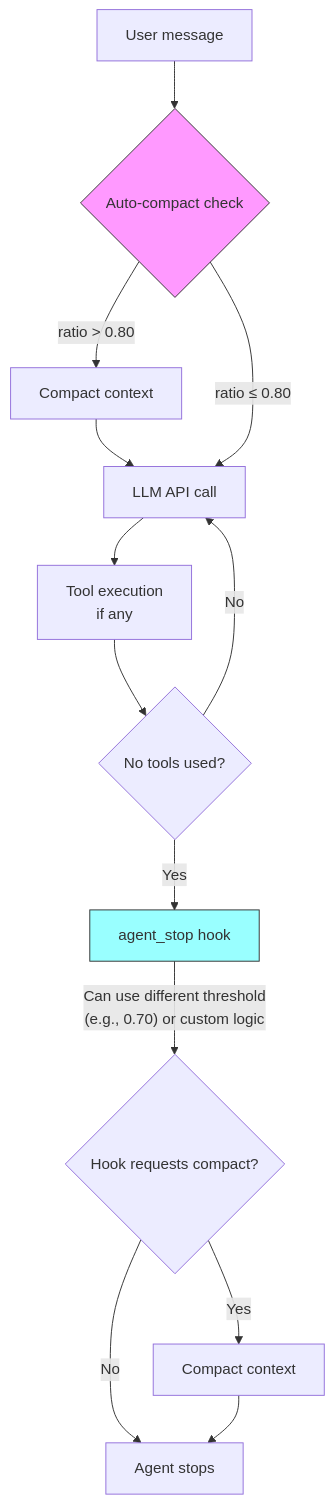
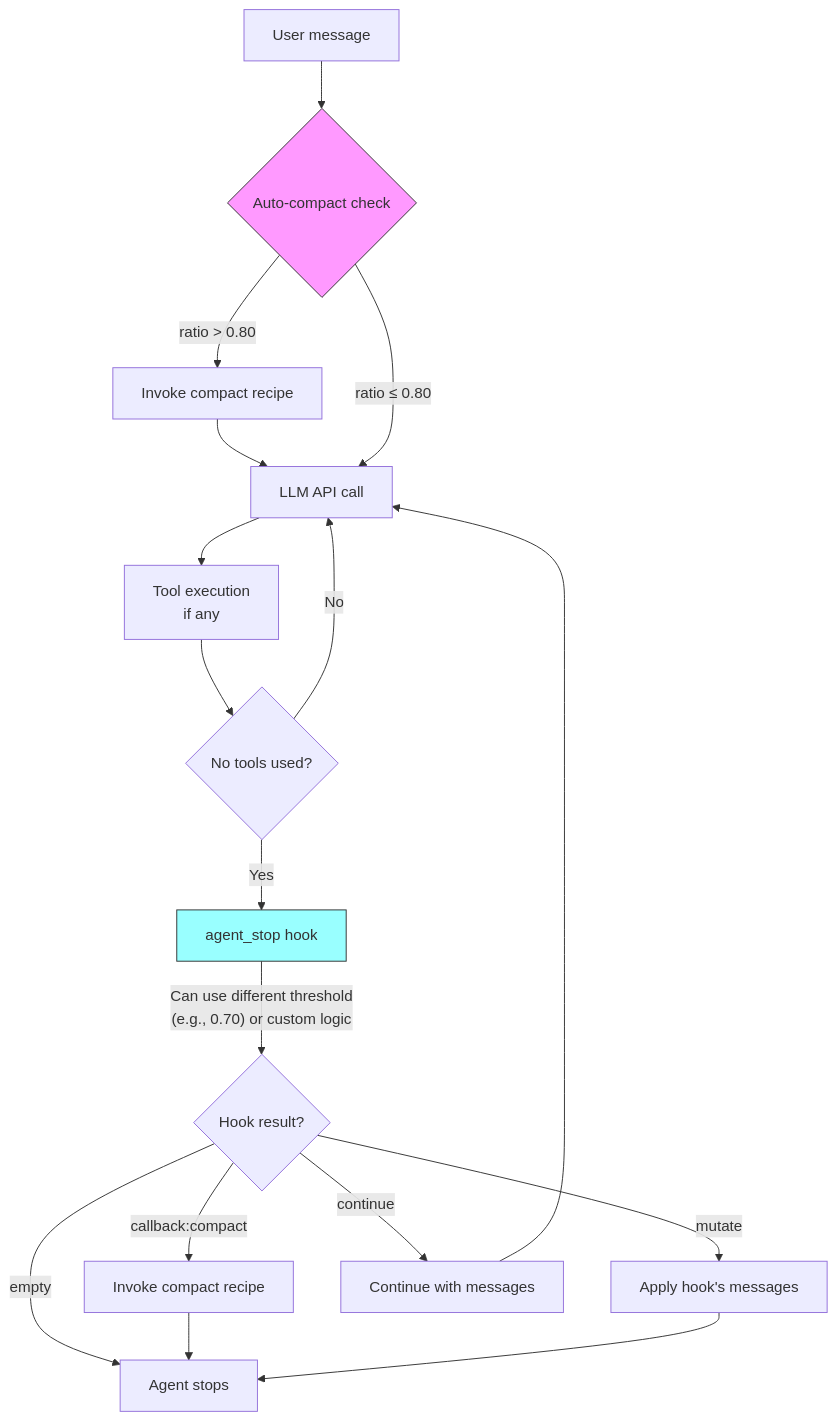
The fourth of 4 diagrams in adrs/025-enhanced-hook-system.md (jingkaihe/kodelet), drawn with Mermaid before and after one commit. The commit also changed other lines of this file, not shown here.

Commit message:
docs(adr): refactor enhanced hook system to use recipe-based compaction with callbacks

````diff
--- a/adrs/025-enhanced-hook-system.md
+++ b/adrs/025-enhanced-hook-system.md
@@ -394,18 +640,22 @@
 ```mermaid
 flowchart TD
     A[User message] --> B{Auto-compact check}
-    B -->|"ratio > 0.80"| C[Compact context]
+    B -->|"ratio > 0.80"| C[Invoke compact recipe]
     C --> D[LLM API call]
     B -->|"ratio ≤ 0.80"| D
     D --> E[Tool execution<br/>if any]
     E --> F{No tools used?}
     F -->|No| D
     F -->|Yes| G[agent_stop hook]
-    G -->|"Can use different threshold<br/>(e.g., 0.70) or custom logic"| H{Hook requests compact?}
-    H -->|Yes| I[Compact context]
-    H -->|No| J[Agent stops]
-    I --> J
+    G -->|"Can use different threshold<br/>(e.g., 0.70) or custom logic"| H{Hook result?}
+    H -->|"callback:compact"| I1[Invoke compact recipe]
+    H -->|"mutate"| I2[Apply hook's messages]
+    H -->|"continue"| K[Continue with messages]
+    H -->|empty| J[Agent stops]
+    I1 --> J
+    I2 --> J
+    K --> D
 
     style B fill:#f9f,stroke:#333
     style G fill:#9ff,stroke:#333
 ```
````
